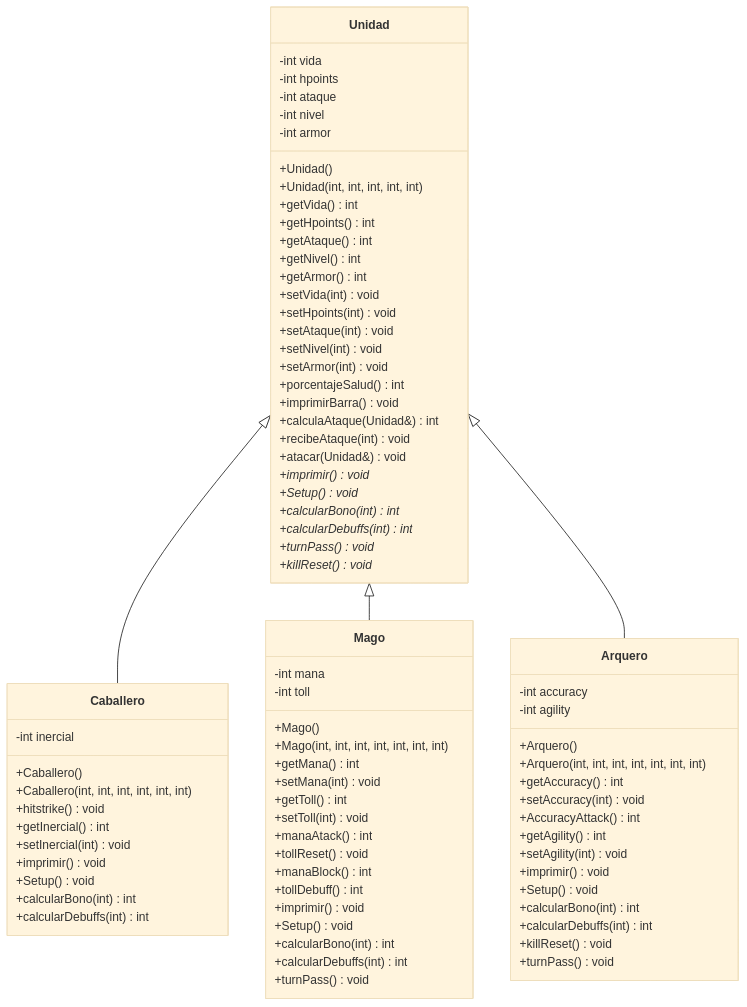
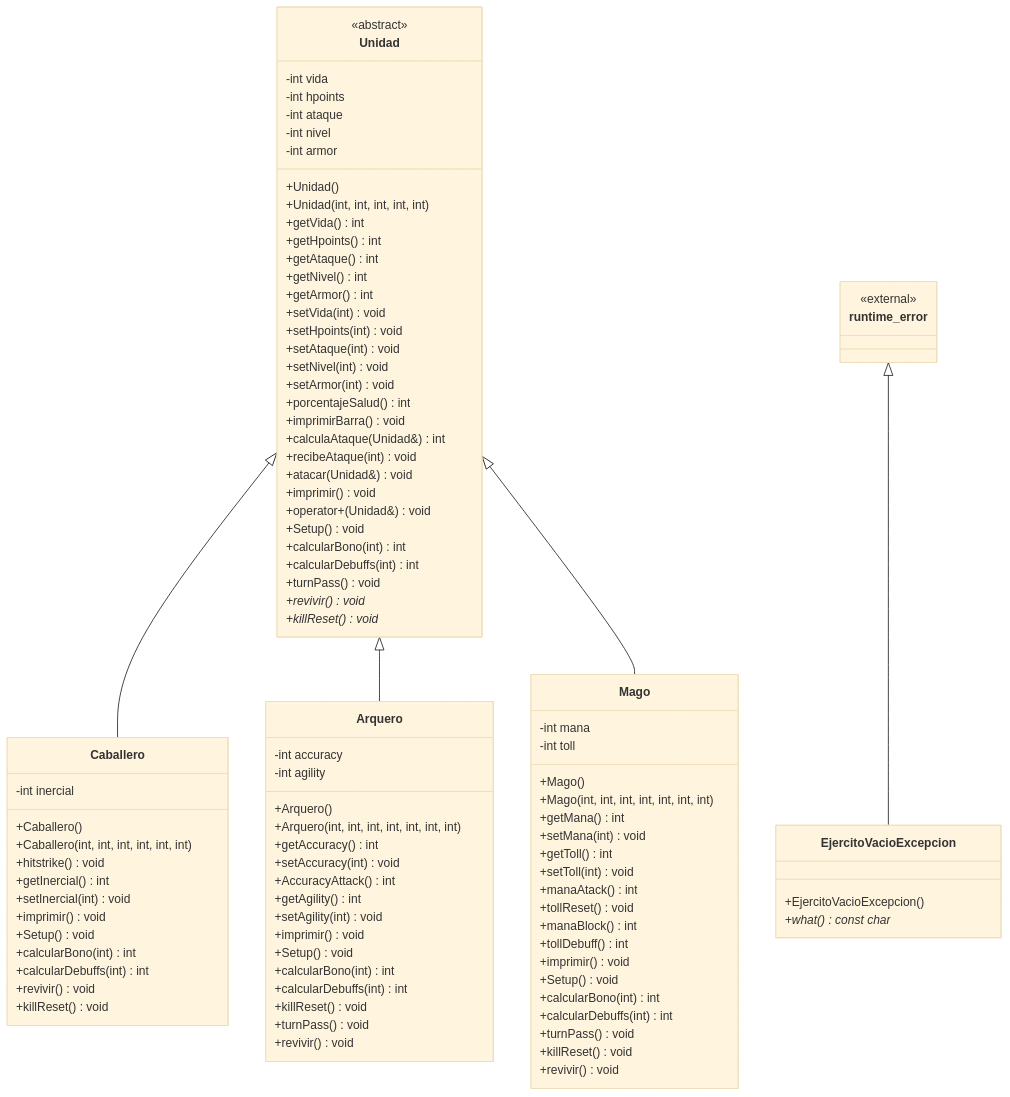
The diagram in README.md (JustGp/Proyecto_A00844976), drawn with Mermaid (base theme) before and after one commit. The commit also changed other lines of this file, not shown here.

````diff
--- a/README.md
+++ b/README.md
@@ -1,6 +6,7 @@
 ```mermaid
 classDiagram
     class Unidad {
+        <<abstract>>
         -int vida
         -int hpoints
         -int ataque
@@ -23,14 +29,16 @@
         +calculaAtaque(Unidad&) int
         +recibeAtaque(int) void
         +atacar(Unidad&) void
-        +imprimir()* void
-        +Setup()* void
-        +calcularBono(int)* int
-        +calcularDebuffs(int)* int
-        +turnPass()* void
+        +imprimir() void
+        +operator+(Unidad&) void
+        +Setup() void
+        +calcularBono(int) int
+        +calcularDebuffs(int) int
+        +turnPass() void
+        +revivir()* void
         +killReset()* void
     }
- 
+
     class Caballero {
         -int inercial
         +Caballero()
@@ -42,8 +50,29 @@
         +Setup() void
         +calcularBono(int) int
         +calcularDebuffs(int) int
+        +revivir() void
+        +killReset() void
     }
- 
+
+    class Arquero {
+        -int accuracy
+        -int agility
+        +Arquero()
+        +Arquero(int, int, int, int, int, int, int)
+        +getAccuracy() int
+        +setAccuracy(int) void
+        +AccuracyAttack() int
+        +getAgility() int
+        +setAgility(int) void
+        +imprimir() void
+        +Setup() void
+        +calcularBono(int) int
+        +calcularDebuffs(int) int
+        +killReset() void
+        +turnPass() void
+        +revivir() void
+    }
+
     class Mago {
         -int mana
         -int toll
@@ -62,29 +91,21 @@
         +calcularBono(int) int
         +calcularDebuffs(int) int
         +turnPass() void
+        +killReset() void
+        +revivir() void
     }
- 
-    class Arquero {
-        -int accuracy
-        -int agility
-        +Arquero()
-        +Arquero(int, int, int, int, int, int, int)
-        +getAccuracy() int
-        +setAccuracy(int) void
-        +AccuracyAttack() int
-        +getAgility() int
-        +setAgility(int) void
-        +imprimir() void
-        +Setup() void
-        +calcularBono(int) int
-        +calcularDebuffs(int) int
-        +killReset() void
-        +turnPass() void
+
+    class runtime_error {
+        <<external>>
     }
- 
+
+    class EjercitoVacioExcepcion {
+        +EjercitoVacioExcepcion()
+        +what() const char*
+    }
+
     Unidad <|-- Caballero
+    Unidad <|-- Arquero
     Unidad <|-- Mago
-    Unidad <|-- Arquero
- 
-
+    runtime_error <|-- EjercitoVacioExcepcion
 ```
````
